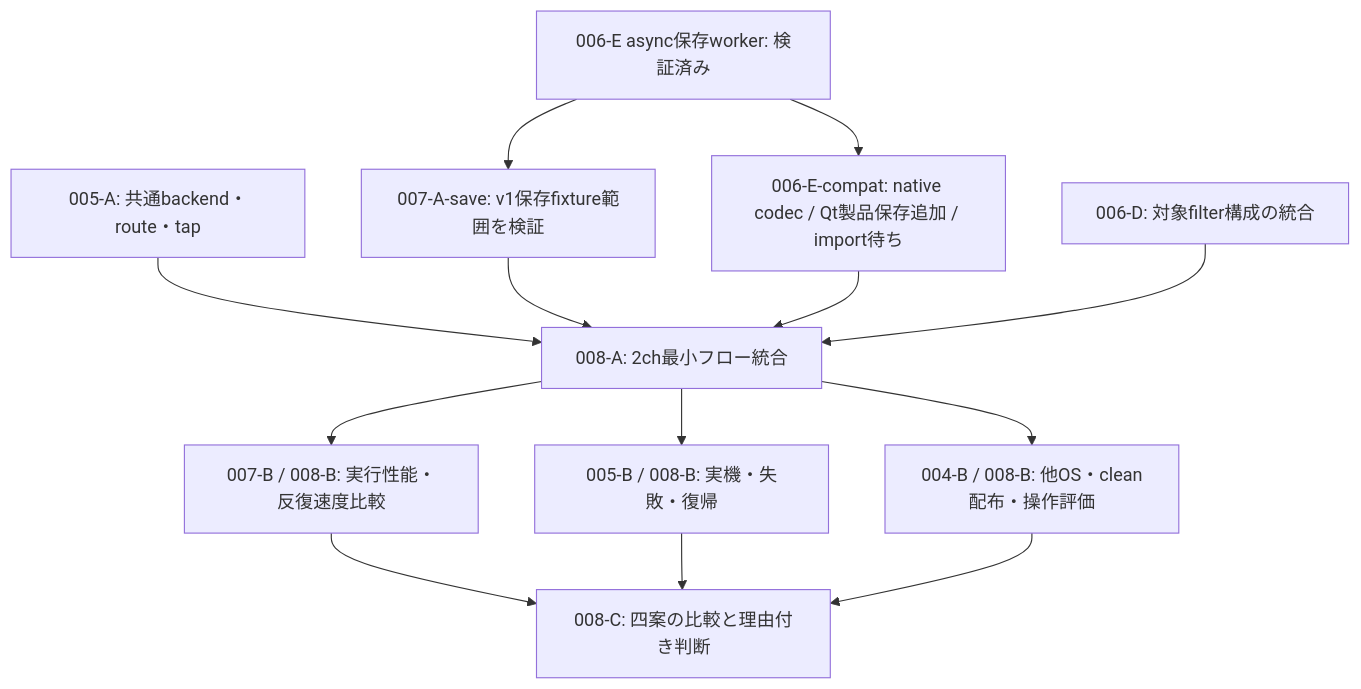
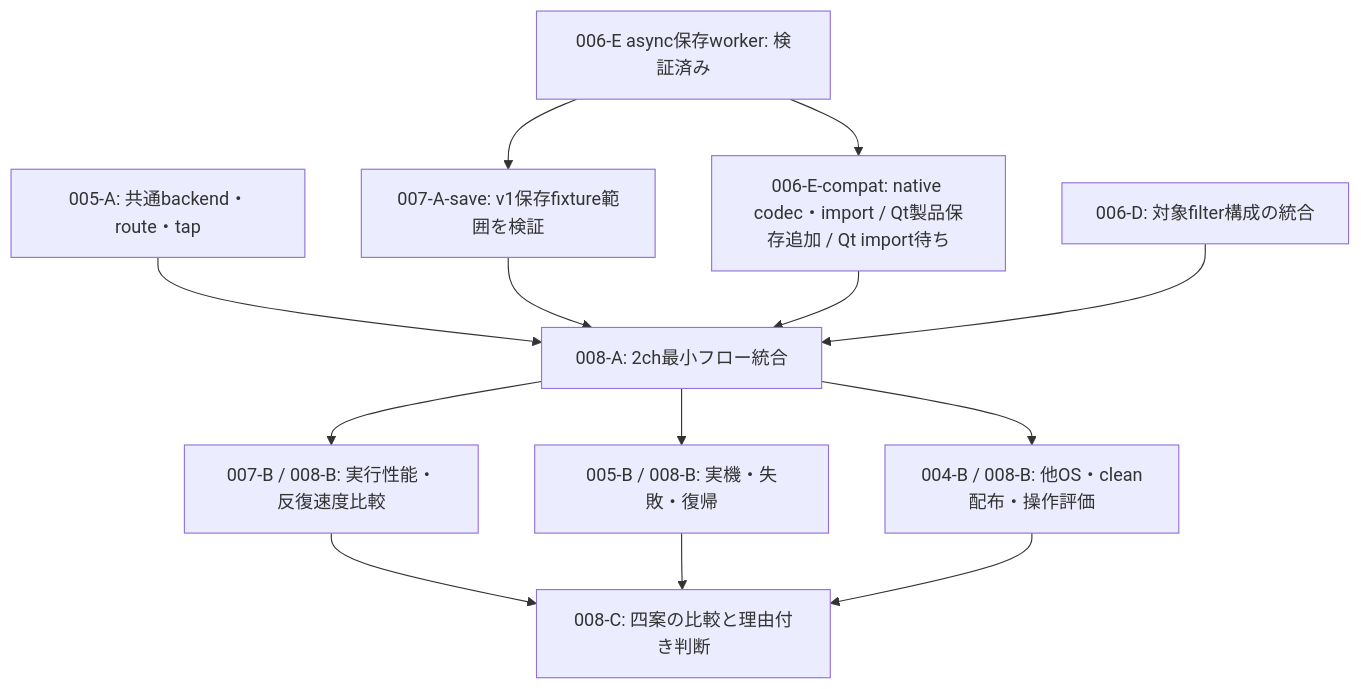
One commit to youtube-at-vach/MeasureLab changed the diagram in migration/remaining-to-mig008.md. Above: the diagram before and after it, drawn with Mermaid. The commit also changed other lines of this file and 16 other files, not shown here.

Commit message:
Add native product import evaluation

````diff
--- a/migration/remaining-to-mig008.md
+++ b/migration/remaining-to-mig008.md
@@ -19,15 +19,15 @@
 ```mermaid
 flowchart TD
     S[006-E async保存worker: 検証済み] --> U[007-A-save: v1保存fixture範囲を検証]
-    S --> C[006-E-compat: native codec / Qt製品保存追加 / import待ち]
+    S --> C[006-E-compat: native codec・import / Qt製品保存追加 / Qt import待ち]
     A[005-A: 共通backend・route・tap] --> I[008-A: 2ch最小フロー統合]
     U --> I
     C --> I
     F[006-D: 対象filter構成の統合] --> I
     I --> B[007-B / 008-B: 実行性能・反復速度比較]
     I --> H[005-B / 008-B: 実機・失敗・復帰]
     I --> P[004-B / 008-B: 他OS・clean配布・操作評価]
     B --> D[008-C: 四案の比較と理由付き判断]
     H --> D
     P --> D
 ```
````
